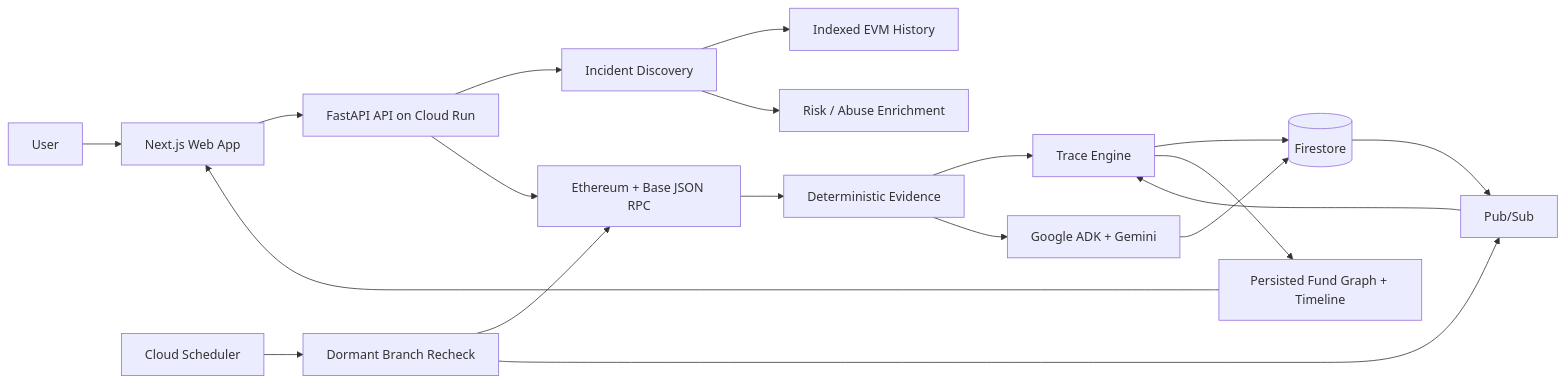
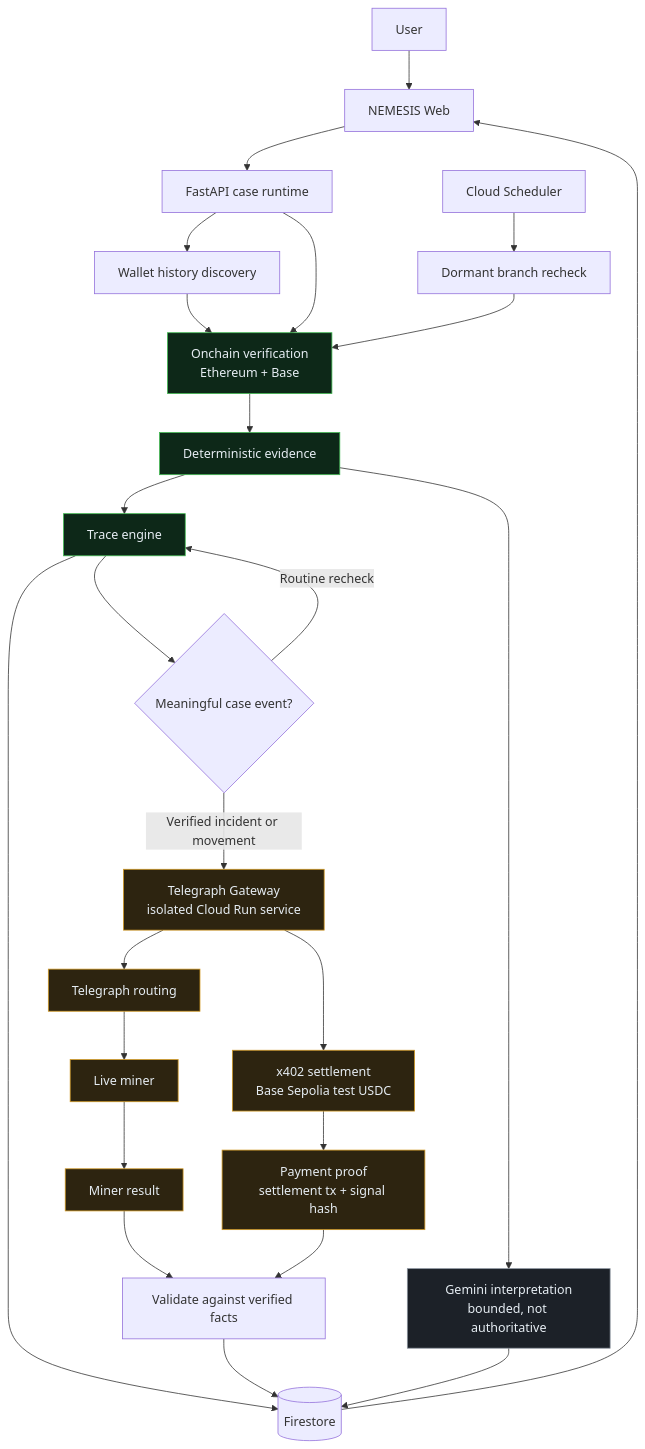
Before and after one commit to jenzylove/nemesis-telegraph: the diagram in README.md, drawn with Mermaid. The commit also changed other lines of this file and 11 other files, not shown here.

````diff
--- a/README.md
+++ b/README.md
@@ -112,27 +115,40 @@
 ```mermaid
-flowchart LR
-    U[User] --> W[Next.js Web App]
-    W --> A[FastAPI API on Cloud Run]
+flowchart TD
+    U[User] --> W[NEMESIS Web]
+    W --> A[FastAPI case runtime]
 
-    A --> D[Incident Discovery]
-    D --> IDX[Indexed EVM History]
-    D --> RISK[Risk / Abuse Enrichment]
+    A --> D[Wallet history discovery]
+    D --> V[Onchain verification<br/>Ethereum + Base]
+    A --> V
+    V --> E[Deterministic evidence]
+    E --> T[Trace engine]
+    T --> F[(Firestore)]
 
-    A --> RPC[Ethereum + Base JSON RPC]
-    RPC --> E[Deterministic Evidence]
+    T --> EV{Meaningful case event?}
+    EV -->|Verified incident or movement| GW[Telegraph Gateway<br/>isolated Cloud Run service]
+    EV -->|Routine recheck| T
 
-    E --> T[Trace Engine]
-    E --> G[Google ADK + Gemini]
+    GW --> R[Telegraph routing]
+    R --> MN[Live miner]
+    GW --> X[x402 settlement<br/>Base Sepolia test USDC]
+    MN --> RES[Miner result]
+    X --> PRF[Payment proof<br/>settlement tx + signal hash]
 
-    T --> F[(Firestore)]
-    G --> F
+    RES --> CLS[Validate against verified facts]
+    PRF --> CLS
+    CLS --> F
+    F --> W
 
-    F --> P[Pub/Sub]
-    S[Cloud Scheduler] --> M[Dormant Branch Recheck]
-    M --> RPC
-    M --> P
-    P --> T
+    E --> GEM[Gemini interpretation<br/>bounded, not authoritative]
+    GEM --> F
 
-    T --> X[Persisted Fund Graph + Timeline]
-    X --> W
+    S[Cloud Scheduler] --> RC[Dormant branch recheck]
+    RC --> V
+
+    classDef truth fill:#0d2818,stroke:#3fb950,color:#e6edf3
+    classDef external fill:#2d2410,stroke:#d29922,color:#e6edf3
+    classDef interp fill:#1c2128,stroke:#8b949e,color:#e6edf3
+    class V,E,T truth
+    class GW,R,MN,X,RES,PRF external
+    class GEM interp
 ```
````
